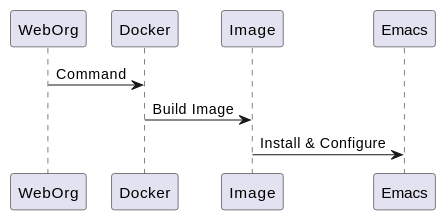
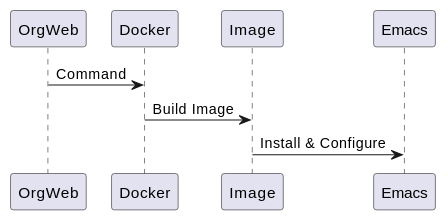
One commit to fgiasson/orgweb changed the first of 4 diagrams in README.org. Above: the diagram before and after it, drawn with PlantUML. The commit also changed other lines of this file and 19 other files, not shown here.

First line of the commit message:
Rename weborg to orgweb

```diff
--- a/README.org
+++ b/README.org
@@ -41,7 +41,7 @@
-#+BEGIN_SRC plantuml :file imgs/weborg_flow.svg :exports results
+#+BEGIN_SRC plantuml :file imgs/orgweb.svg :exports results
 
-WebOrg -> Docker: Command
+OrgWeb -> Docker: Command
 Docker -> Image: Build Image
 Image -> Emacs: Install & Configure
 
 #+END_SRC
```
